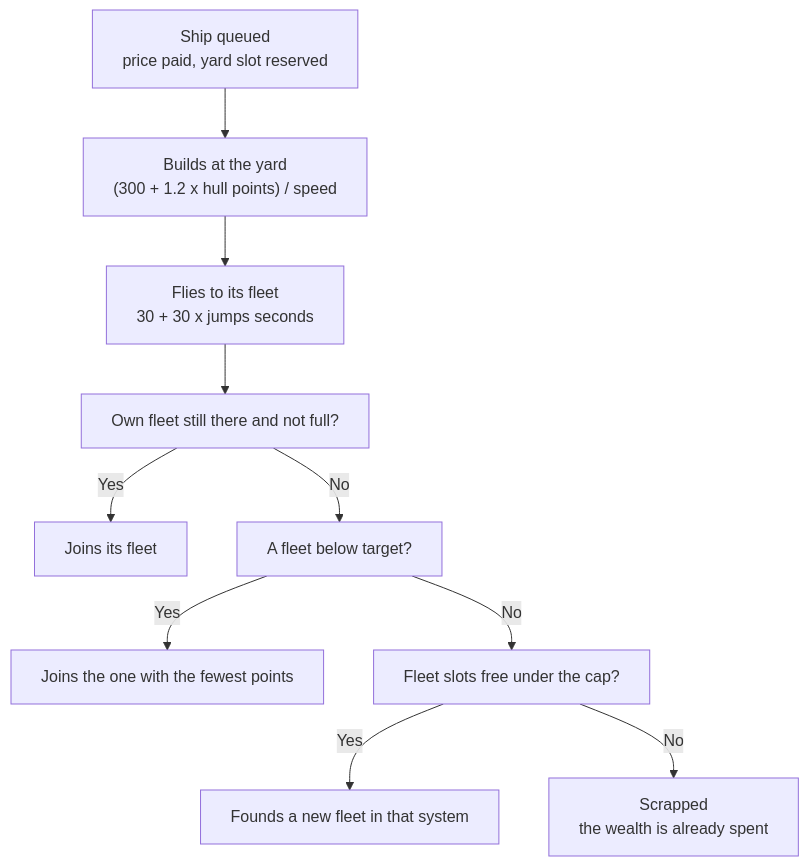
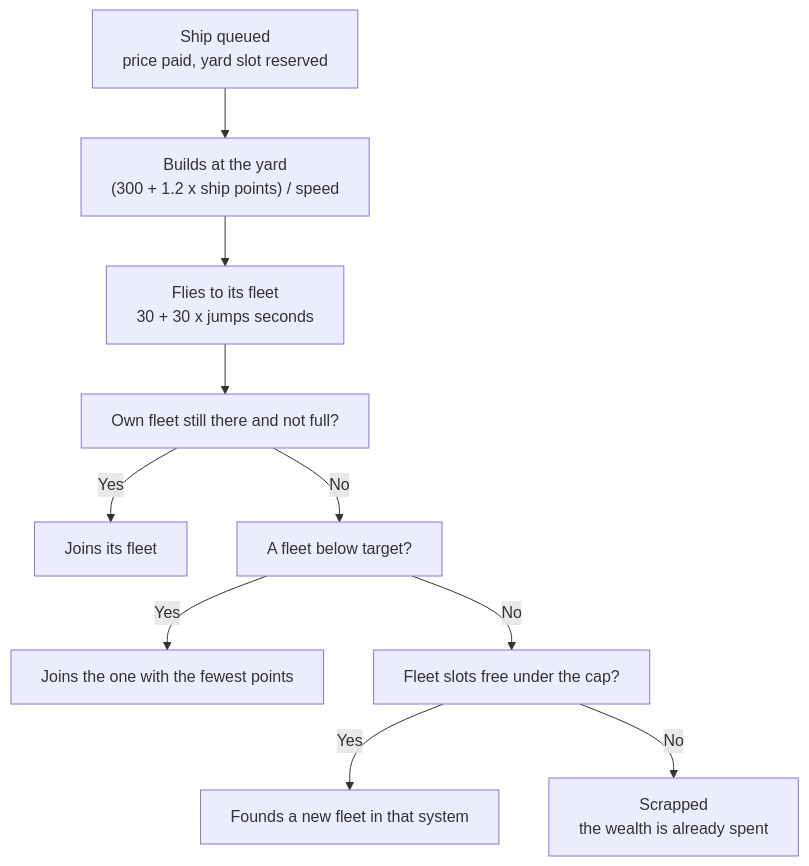
Before and after one commit to williammabernathy/Igi-s-QoL-Modpack: the fourth of 4 diagrams in docs/mechanics/conquest/faction-economy.md, drawn with Mermaid. The commit also changed other lines of this file and 194 other files, not shown here.

````diff
--- a/docs/mechanics/conquest/faction-economy.md
+++ b/docs/mechanics/conquest/faction-economy.md
@@ -329,17 +331,17 @@
 ```mermaid
 ---
 config:
   flowchart:
     wrappingWidth: 320
 ---
 flowchart TD
-    Q["Ship queued<br/>price paid, yard slot reserved"] --> B["Builds at the yard<br/>(300 + 1.2 x hull points) / speed"]
+    Q["Ship queued<br/>price paid, yard slot reserved"] --> B["Builds at the yard<br/>(300 + 1.2 x ship points) / speed"]
     B --> F["Flies to its fleet<br/>30 + 30 x jumps seconds"]
     F --> C["Own fleet still there and not full?"]
     C -- Yes --> J["Joins its fleet"]
     C -- No --> D["A fleet below target?"]
     D -- Yes --> J2["Joins the one with the fewest points"]
     D -- No --> E["Fleet slots free under the cap?"]
     E -- Yes --> N["Founds a new fleet in that system"]
     E -- No --> S["Scrapped<br/>the wealth is already spent"]
 ```
````
